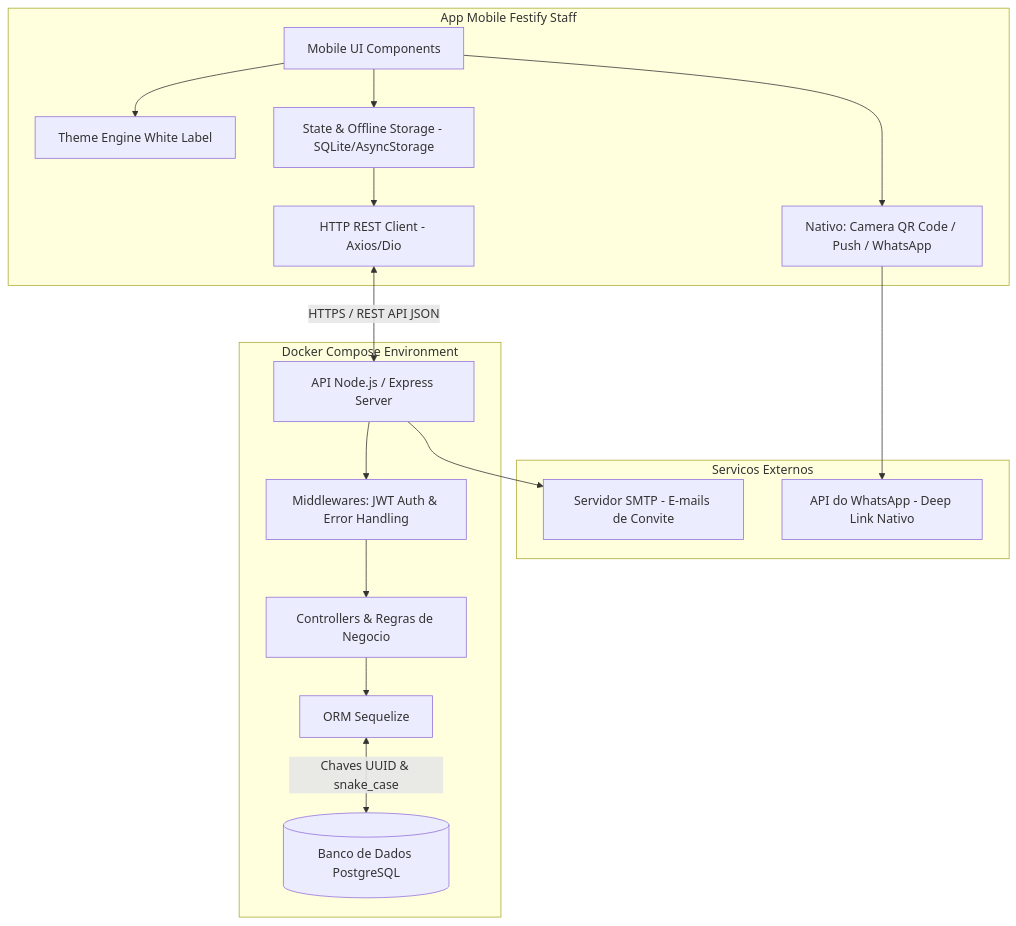
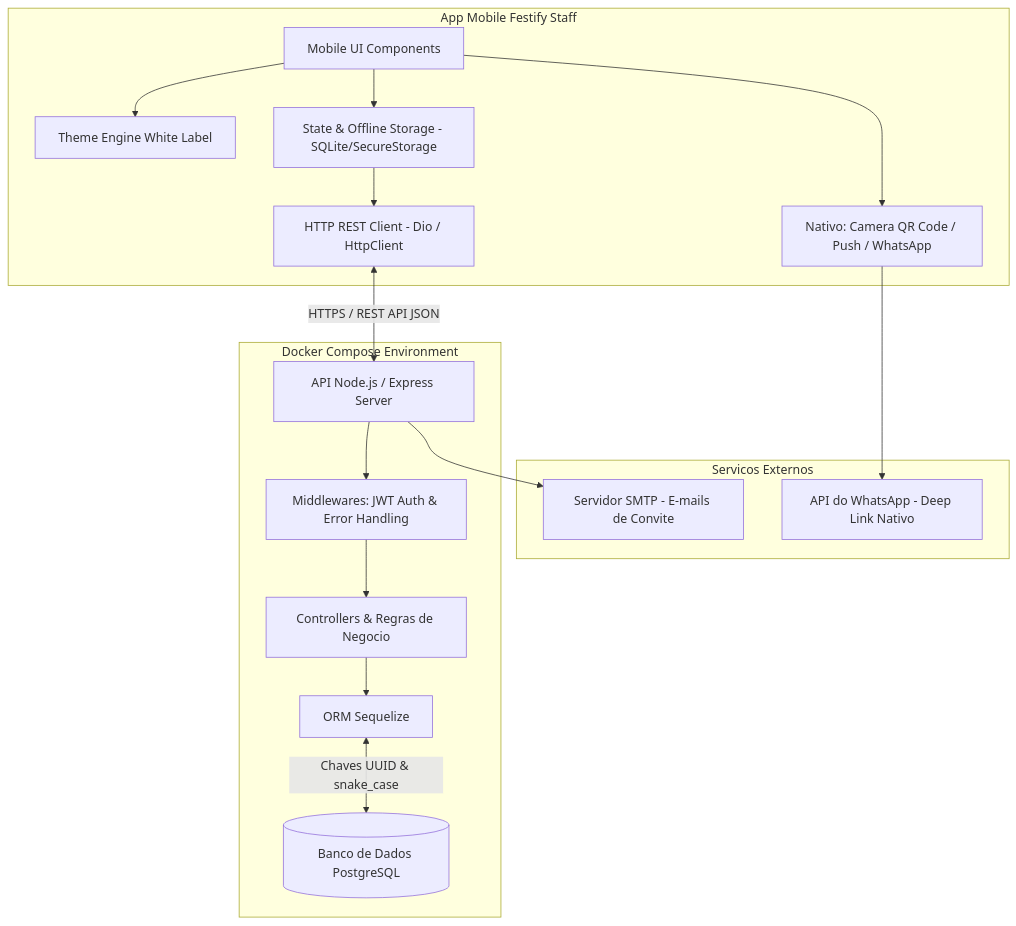
One commit to leoantoniassi/celebri-staff changed the first of 3 diagrams in PLANO_DE_PROJETO_FESTIFY_MOBILE.md. Above: the diagram before and after it, drawn with Mermaid. The commit also changed other lines of this file and 2 other files, not shown here.

````diff
--- a/PLANO_DE_PROJETO_FESTIFY_MOBILE.md
+++ b/PLANO_DE_PROJETO_FESTIFY_MOBILE.md
@@ -114,22 +114,22 @@
 ```mermaid
 graph TD
     subgraph Dispositivo Movel [App Mobile Festify Staff]
         A[Mobile UI Components] --> B[Theme Engine White Label]
-        A --> C[State & Offline Storage - SQLite/AsyncStorage]
+        A --> C[State & Offline Storage - SQLite/SecureStorage]
         A --> D[Nativo: Camera QR Code / Push / WhatsApp]
-        C --> E[HTTP REST Client - Axios/Dio]
+        C --> E[HTTP REST Client - Dio / HttpClient]
     end
 
     subgraph Infraestrutura Backend [Docker Compose Environment]
         E <-->|HTTPS / REST API JSON| F[API Node.js / Express Server]
         F --> G[Middlewares: JWT Auth & Error Handling]
         G --> H[Controllers & Regras de Negocio]
         H --> I[ORM Sequelize]
         I <-->|Chaves UUID & snake_case| J[(Banco de Dados PostgreSQL)]
     end
 
     subgraph Servicos Externos
         F --> K[Servidor SMTP - E-mails de Convite]
         D --> L[API do WhatsApp - Deep Link Nativo]
     end
 ```
````
